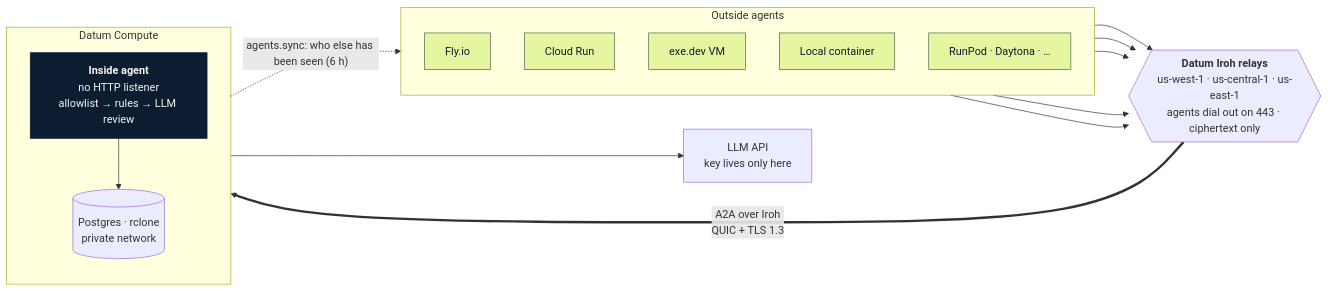
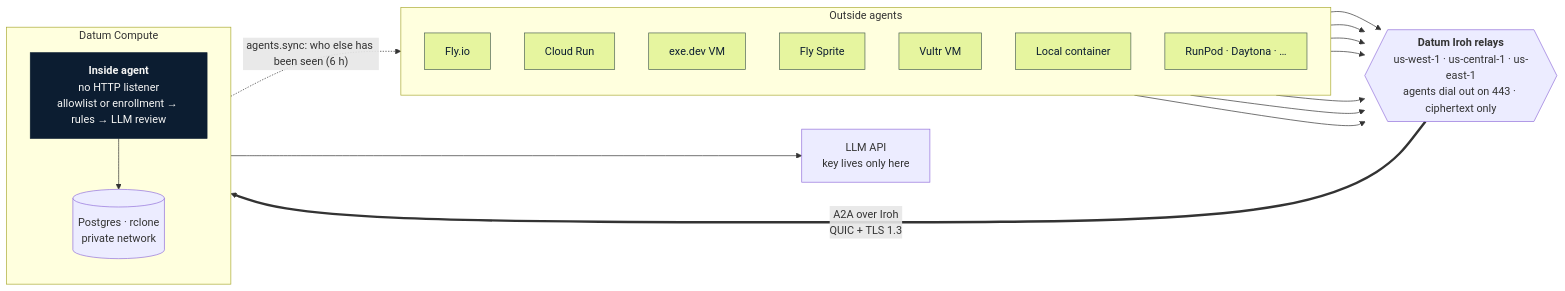
The diagram in README.md (dlotterman/sandbox-2-datum), drawn with Mermaid before and after one commit. The commit also changed other lines of this file and 42 other files, not shown here.

````diff
--- a/README.md
+++ b/README.md
@@ -7,36 +7,40 @@
 ```mermaid
 flowchart LR
   subgraph outside["Outside agents"]
     direction TB
     fly["Fly.io"]
     cr["Cloud Run"]
     exe["exe.dev VM"]
+    spr["Fly Sprite"]
+    vul["Vultr VM"]
     pod["Local container"]
     more["RunPod · Daytona · …"]
   end
 
   relays{{"<b>Datum Iroh relays</b><br/>us-west-1 · us-central-1 · us-east-1<br/>agents dial out on 443 · ciphertext only"}}
 
   subgraph datum["Datum Compute"]
     direction TB
-    inside["<b>Inside agent</b><br/>no HTTP listener<br/>allowlist → rules → LLM review"]
+    inside["<b>Inside agent</b><br/>no HTTP listener<br/>allowlist or enrollment → rules → LLM review"]
     data[("Postgres · rclone<br/>private network")]
   end
 
   llm["LLM API<br/>key lives only here"]
 
   fly --> relays
   cr --> relays
   exe --> relays
+  spr --> relays
+  vul --> relays
   pod --> relays
   more --> relays
   relays == "A2A over Iroh<br/>QUIC + TLS 1.3" ==> inside
   inside --> data
   inside --> llm
   inside -. "agents.sync: who else has been seen (6 h)" .-> outside
 
   classDef agent fill:#e6f59f,stroke:#4d6356,color:#0c1d31
   classDef core fill:#0c1d31,stroke:#0c1d31,color:#f6f6f5
-  class fly,cr,exe,pod,more agent
+  class fly,cr,exe,spr,vul,pod,more agent
   class inside core
 ```
````
